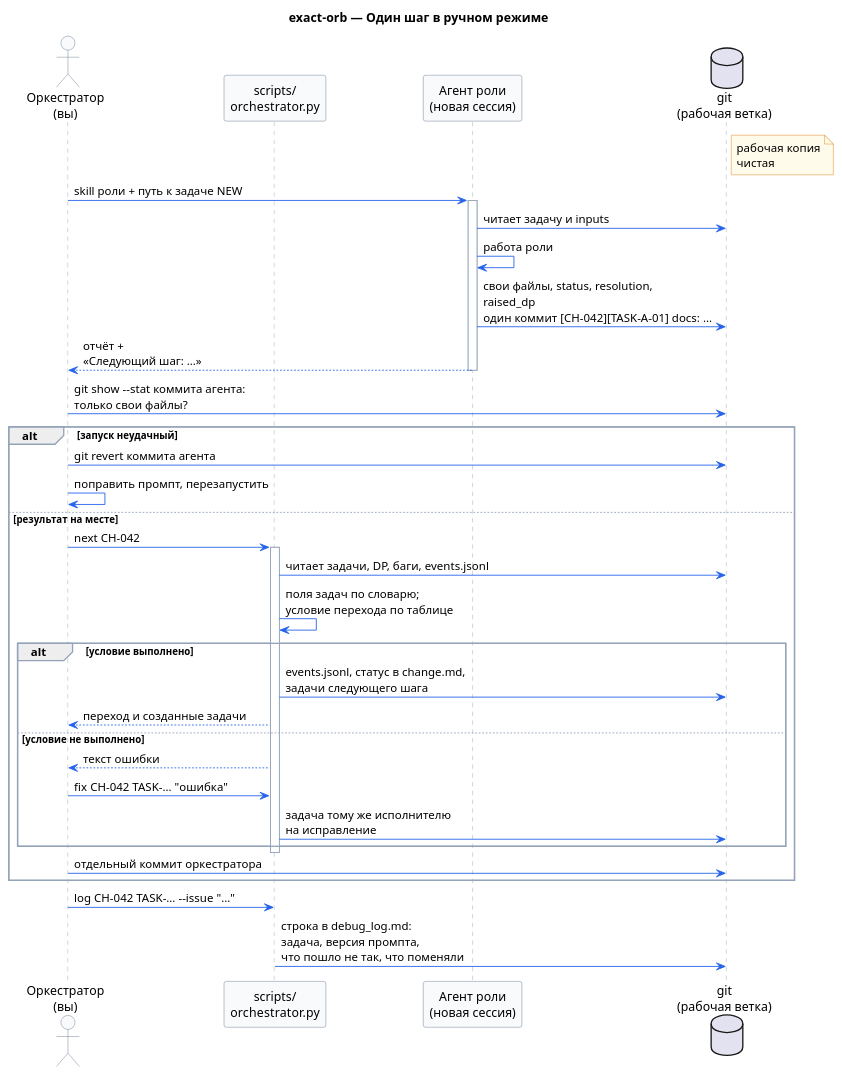
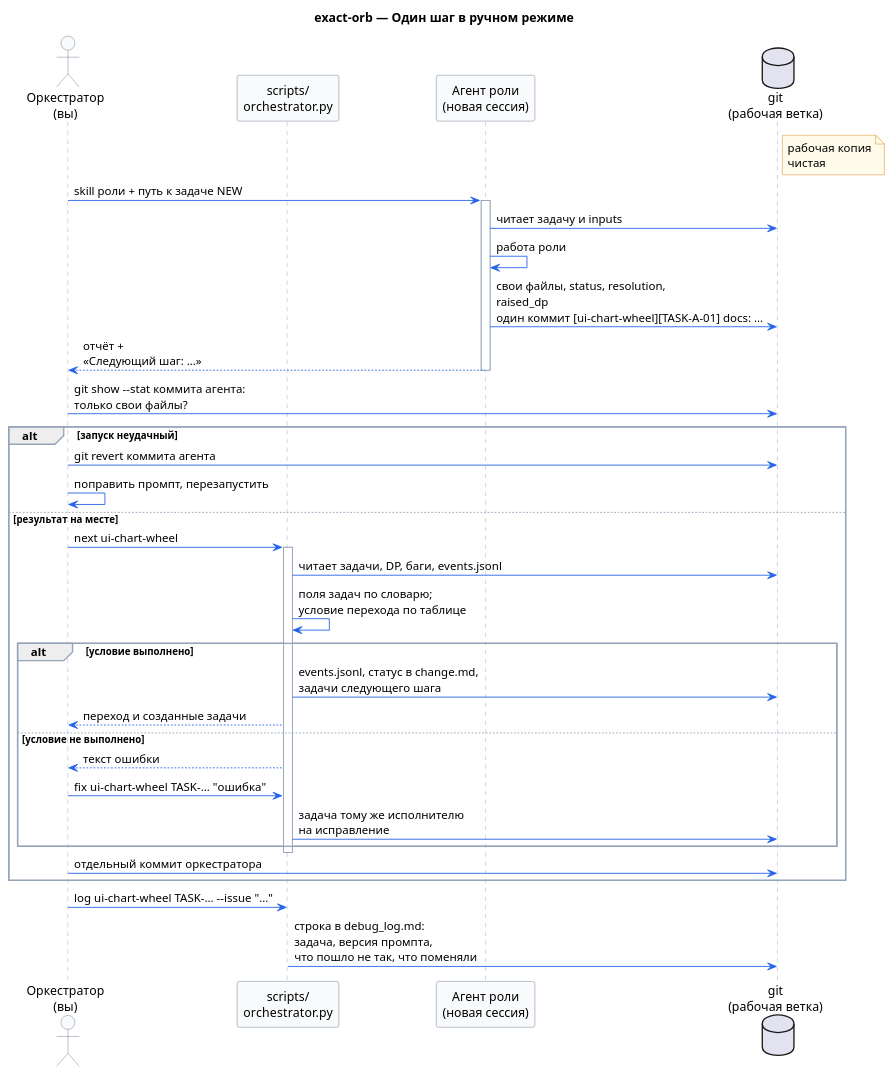
Before and after one commit to ksenia-baranova/exact-orb-demo: the diagram in docs/development_approach/process/process_diagram/005-manual-step.puml, drawn with PlantUML. The commit also changed 14 other files, not shown here.

Commit message:
docs: update architecture diagrams, overview, and scenarios

```diff
--- a/docs/development_approach/process/process_diagram/005-manual-step.puml
+++ b/docs/development_approach/process/process_diagram/005-manual-step.puml
@@ -1,62 +1,62 @@
 @startuml
 title exact-orb — Один шаг в ручном режиме
 
 ' Источник: «Процесс работы над изменением v2», разделы «Ручной режим: отладка»
 ' и «Хранение и оркестратор». Всё в git, одна рабочая ветка.
 
 skinparam shadowing false
 skinparam sequence {
     ArrowColor #2563EB
     LifeLineBorderColor #94A3B8
     ParticipantBorderColor #64748B
     ParticipantBackgroundColor #F8FAFC
     ActorBorderColor #64748B
     ActorBackgroundColor #F8FAFC
     GroupBorderColor #94A3B8
 }
 skinparam note {
     BackgroundColor #FFFBEB
     BorderColor #D97706
 }
 
 actor "Оркестратор\n(вы)" as O
 participant "scripts/\norchestrator.py" as S
 participant "Агент роли\n(новая сессия)" as A
 database "git\n(рабочая ветка)" as G
 
 note right of G : рабочая копия\nчистая
 
 O -> A : skill роли + путь к задаче NEW
 activate A
 A -> G : читает задачу и inputs
 A -> A : работа роли
-A -> G : свои файлы, status, resolution,\nraised_dp\nодин коммит [CH-042][TASK-A-01] docs: …
+A -> G : свои файлы, status, resolution,\nraised_dp\nодин коммит [ui-chart-wheel][TASK-A-01] docs: …
 A --> O : отчёт +\n«Следующий шаг: …»
 deactivate A
 
 O -> G : git show --stat коммита агента:\nтолько свои файлы?
 
 alt запуск неудачный
     O -> G : git revert коммита агента
     O -> O : поправить промпт, перезапустить
 else результат на месте
-    O -> S : next CH-042
+    O -> S : next ui-chart-wheel
     activate S
     S -> G : читает задачи, DP, баги, events.jsonl
     S -> S : поля задач по словарю;\nусловие перехода по таблице
     alt условие выполнено
         S -> G : events.jsonl, статус в change.md,\nзадачи следующего шага
         S --> O : переход и созданные задачи
     else условие не выполнено
         S --> O : текст ошибки
-        O -> S : fix CH-042 TASK-… "ошибка"
+        O -> S : fix ui-chart-wheel TASK-… "ошибка"
         S -> G : задача тому же исполнителю\nна исправление
     end
     deactivate S
     O -> G : отдельный коммит оркестратора
 end
 
-O -> S : log CH-042 TASK-… --issue "…"
+O -> S : log ui-chart-wheel TASK-… --issue "…"
 S -> G : строка в debug_log.md:\nзадача, версия промпта,\nчто пошло не так, что поменяли
 
 @enduml
```
